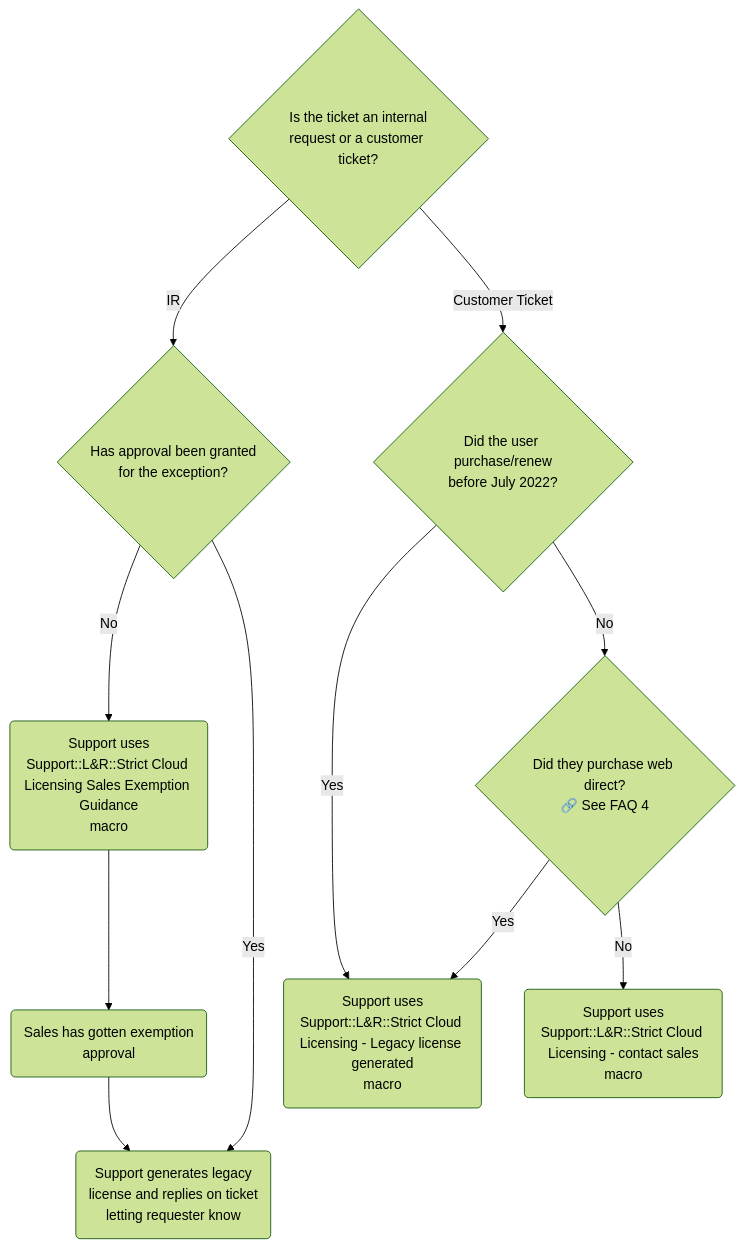
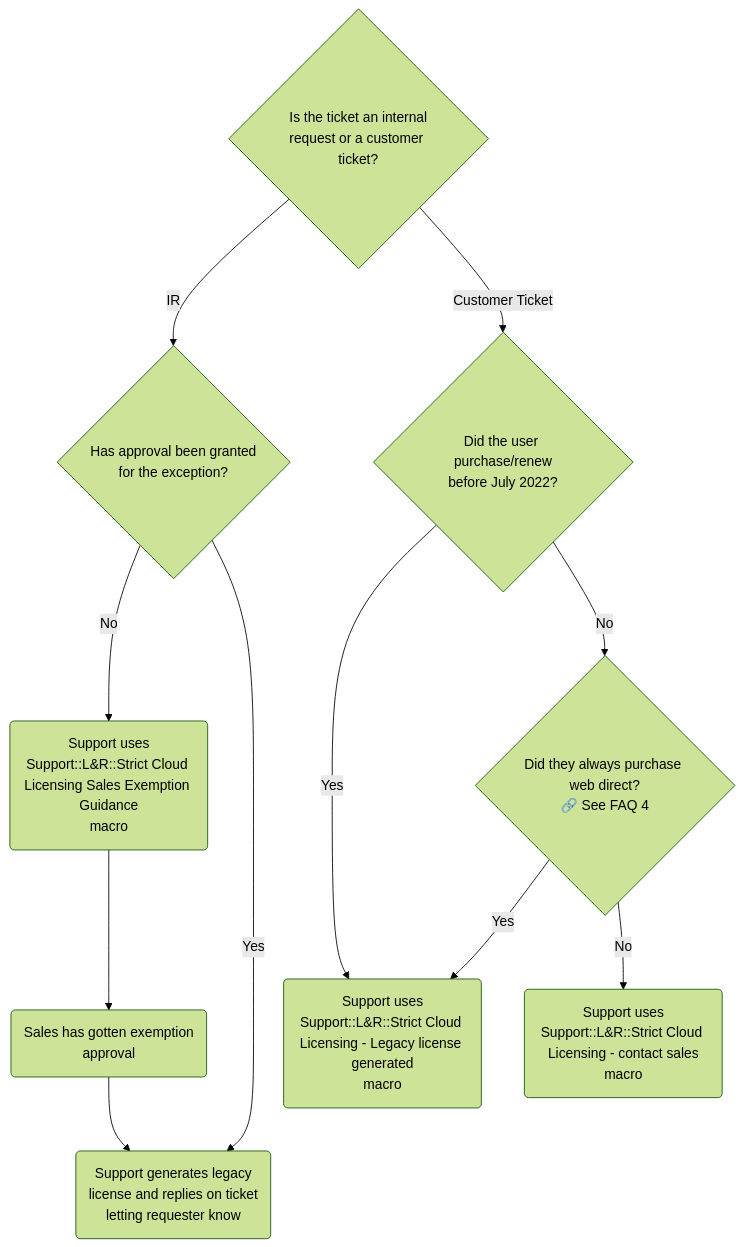
One commit to secretstartups/handbook changed the diagram in support/license-and-renewals/workflows/self-managed/cloud-licensing.html.md. Above: the diagram before and after it, drawn with Mermaid (forest theme).

Commit message:
Always web direct can bypass exemption process

````diff
--- a/support/license-and-renewals/workflows/self-managed/cloud-licensing.html.md
+++ b/support/license-and-renewals/workflows/self-managed/cloud-licensing.html.md
@@ -27,22 +27,22 @@
 ```mermaid
 graph TD;
   A -->|IR| B;
   B -->|No| C;
   B -->|Yes| E;
   C --> D;
   D --> E;
   A -->|Customer Ticket| F;
   F -->|Yes| G;
   F -->|No| H
   H -->|Yes| G;
   H -->|No| I;
   A{Is the ticket an internal<br>request or a customer ticket?}
   B{Has approval been granted<br>for the exception?}
   C(Support uses<br>Support::L&R::Strict Cloud Licensing Sales Exemption Guidance<br>macro)
   D(Sales has gotten exemption<br>approval)
   E(Support generates legacy<br>license and replies on ticket<br>letting requester know)
   F{Did the user purchase/renew<br>before July 2022?}
   G(Support uses<br>Support::L&R::Strict Cloud Licensing - Legacy license generated<br>macro)
-  H{"Did they purchase web direct?<br>🔗 See FAQ 4"}
+  H{"Did they always purchase web direct?<br>🔗 See FAQ 4"}
   I(Support uses<br>Support::L&R::Strict Cloud Licensing - contact sales<br>macro)
 ```
````
